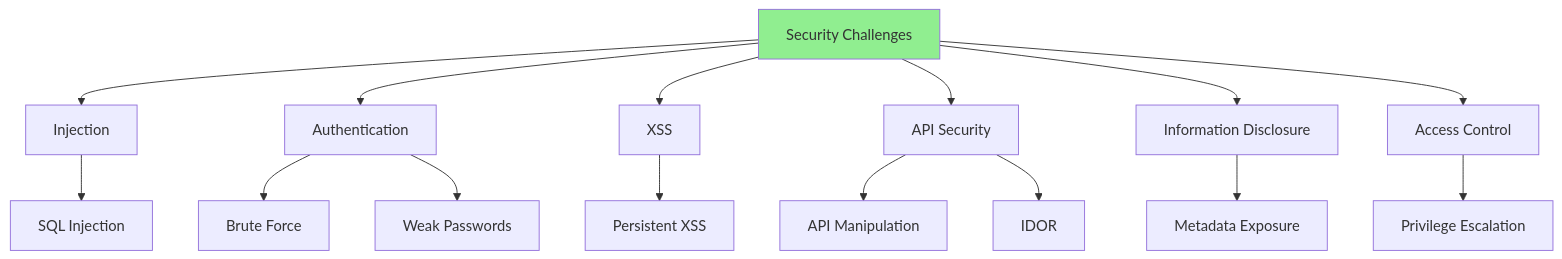
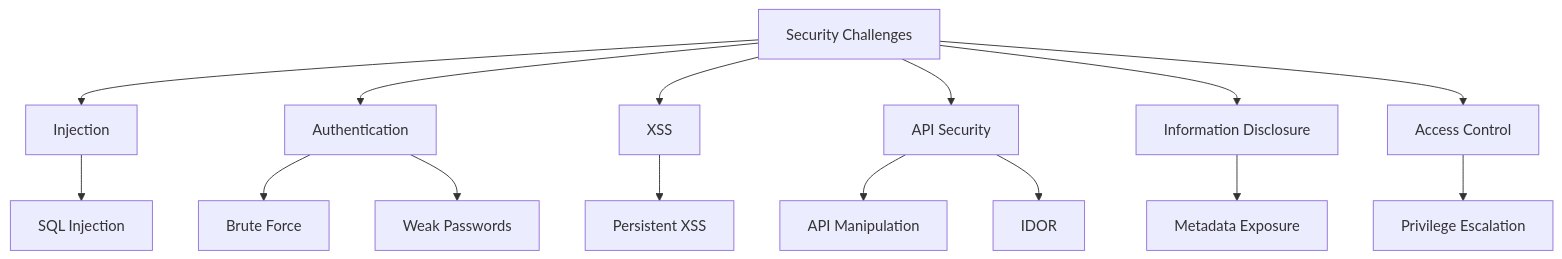
The fourth of 4 diagrams in docs/projects/juice-shop-meister.md (4gh0rn/dev-blog), drawn with Mermaid before and after one commit. The commit also changed other lines of this file and 17 other files, not shown here.

````diff
--- a/docs/projects/juice-shop-meister.md
+++ b/docs/projects/juice-shop-meister.md
@@ -181,20 +172,18 @@
 ```mermaid
 graph TB
     A[Security Challenges] --> B[Injection]
     A --> C[Authentication]
     A --> D[XSS]
     A --> E[API Security]
     A --> F[Information Disclosure]
     A --> G[Access Control]
     
     B --> B1[SQL Injection]
     C --> C1[Brute Force]
     C --> C2[Weak Passwords]
     D --> D1[Persistent XSS]
     E --> E1[API Manipulation]
     E --> E2[IDOR]
     F --> F1[Metadata Exposure]
     G --> G1[Privilege Escalation]
-    
-    style A fill:#90EE90
 ```
````
